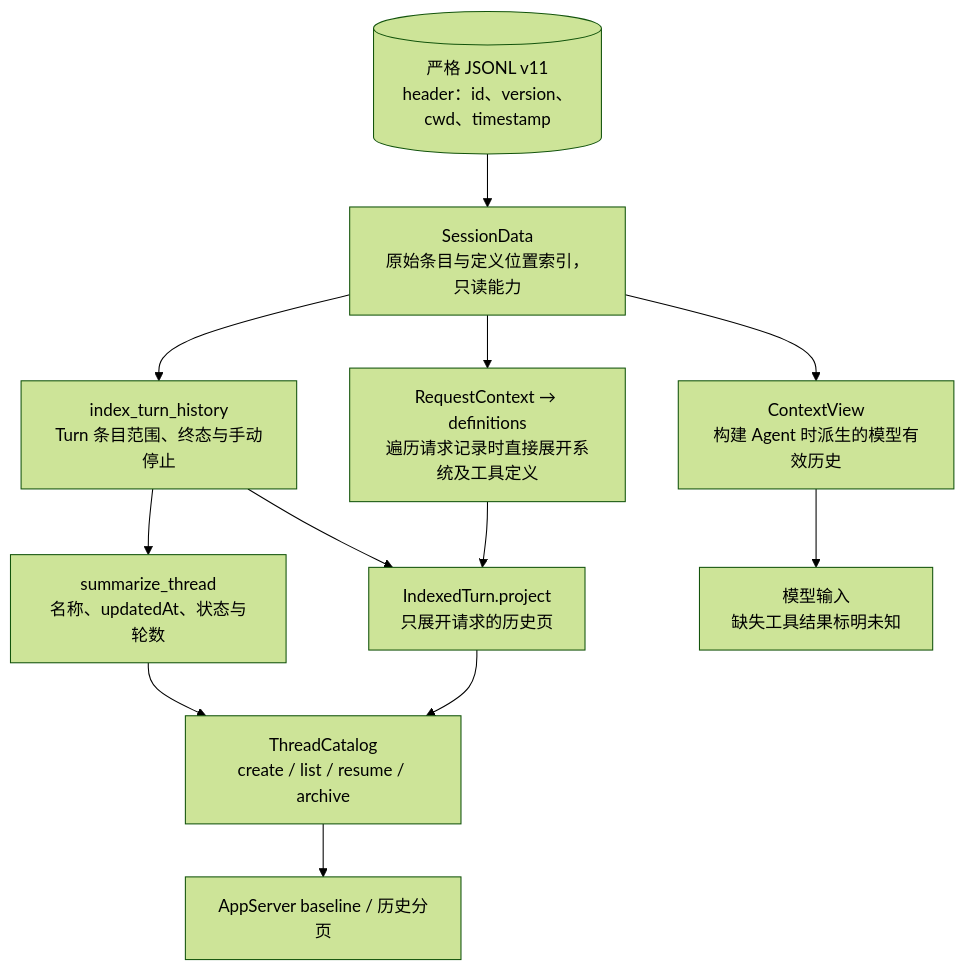
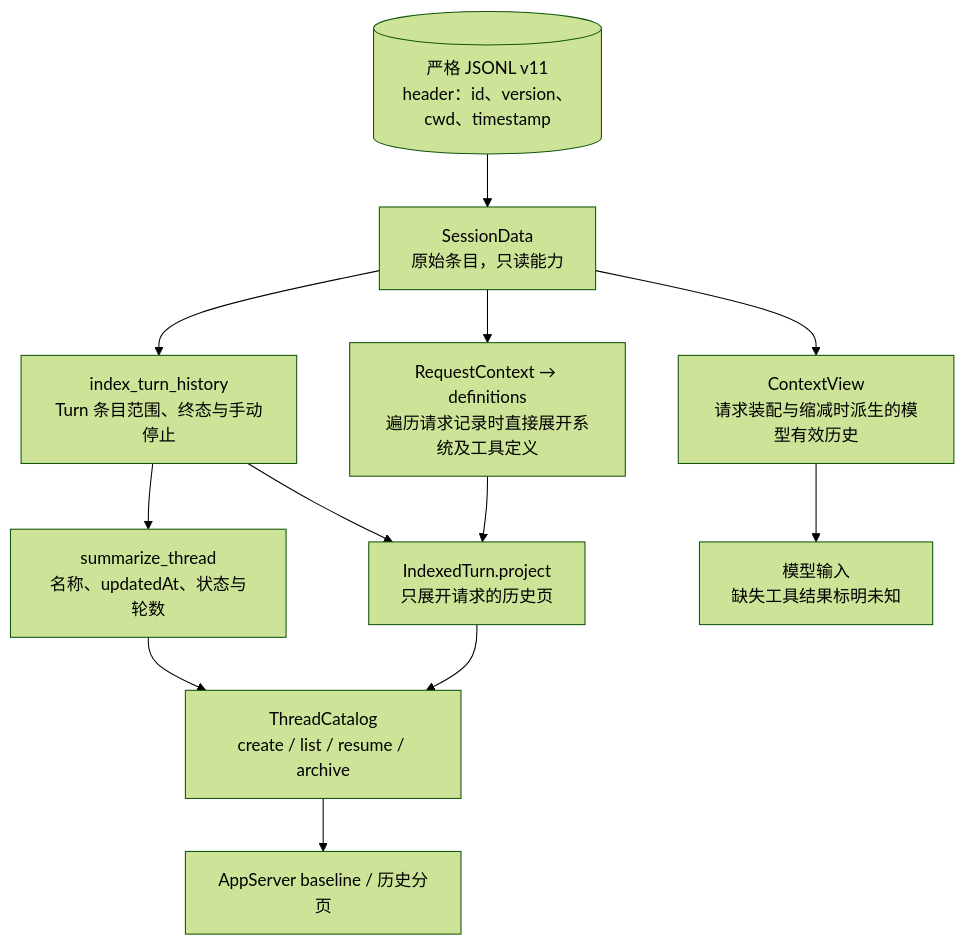
One commit to qjcnmd/singularity-agent changed diagram 27 of 29 in docs/architecture.md. Above: the diagram before and after it, drawn with Mermaid (forest theme). The commit also changed other lines of this file and 66 other files, not shown here.

````diff
--- a/docs/architecture.md
+++ b/docs/architecture.md
@@ -798,15 +798,15 @@
 ```mermaid
 flowchart TB
     JSONL[("严格 JSONL v11<br/>header：id、version、cwd、timestamp")]
-    JSONL --> Data["SessionData<br/>原始条目与定义位置索引，只读能力"]
-    Data --> Context["ContextView<br/>构建 Agent 时派生的模型有效历史"]
+    JSONL --> Data["SessionData<br/>原始条目，只读能力"]
+    Data --> Context["ContextView<br/>请求装配与缩减时派生的模型有效历史"]
     Data --> Turns["index_turn_history<br/>Turn 条目范围、终态与手动停止"]
     Turns --> Summary["summarize_thread<br/>名称、updatedAt、状态与轮数"]
     Turns --> Page["IndexedTurn.project<br/>只展开请求的历史页"]
     Data --> Requests["RequestContext → definitions<br/>遍历请求记录时直接展开系统及工具定义"]
     Summary --> Catalog["ThreadCatalog<br/>create / list / resume / archive"]
     Page --> Catalog
     Requests --> Page
     Catalog --> WB["AppServer baseline / 历史分页"]
     Context --> Model["模型输入<br/>缺失工具结果标明未知"]
 ```
````
